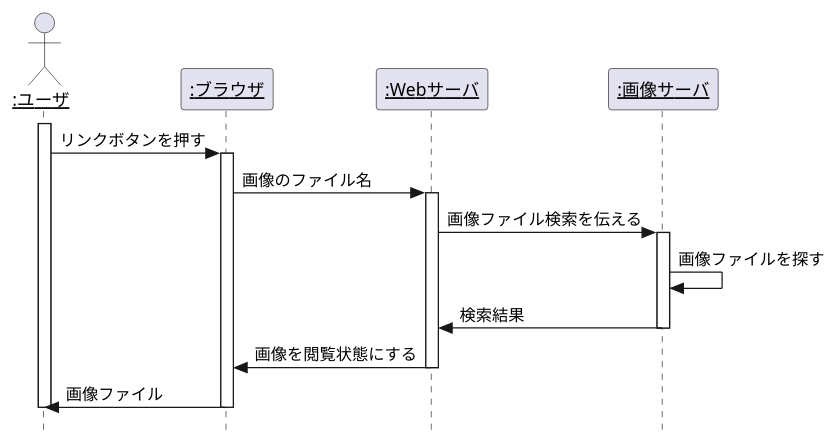
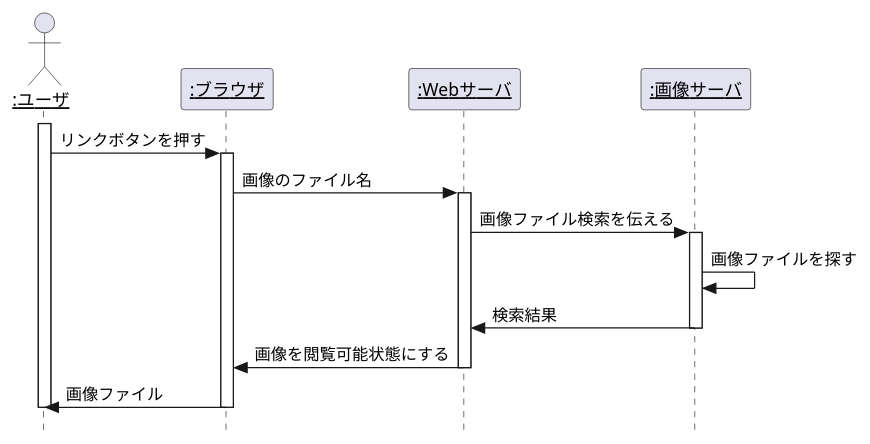
One commit to yoshiokaharuto/uml-introduction changed the diagram in 演習4-6_SD_Web画像検索.pu. Above: the diagram before and after it, drawn with PlantUML.

Commit message:
演習4-6の作成

```diff
--- a/演習4-6_SD_Web画像検索.pu
+++ b/演習4-6_SD_Web画像検索.pu
@@ -1,29 +1,29 @@
 @startuml 演習4-6_SD_Web画像検索
 
     hide footbox
     ' autonumber /'メッセージに自動で番号を降る '/
     skinparam style strictuml /' 厳密なUMLに準拠する '/
 
     actor "<u>:ユーザ</u>" as user
 
     participant "<u>:ブラウザ</u>" as browser
     participant "<u>:Webサーバ</u>" as web
     participant "<u>:画像サーバ</u>" as image
 
     activate user
         user -> browser : リンクボタンを押す
         activate browser
             browser -> web: 画像のファイル名
             activate web
                 web -> image: 画像ファイル検索を伝える
                 activate image
                     image -> image : 画像ファイルを探す
                     web <- image : 検索結果
                 deactivate image
-                browser <- web : 画像を閲覧状態にする
+                browser <- web : 画像を閲覧可能状態にする
             deactivate web
             user <- browser : 画像ファイル
         deactivate browser
     deactivate user
 
 @enduml
```
